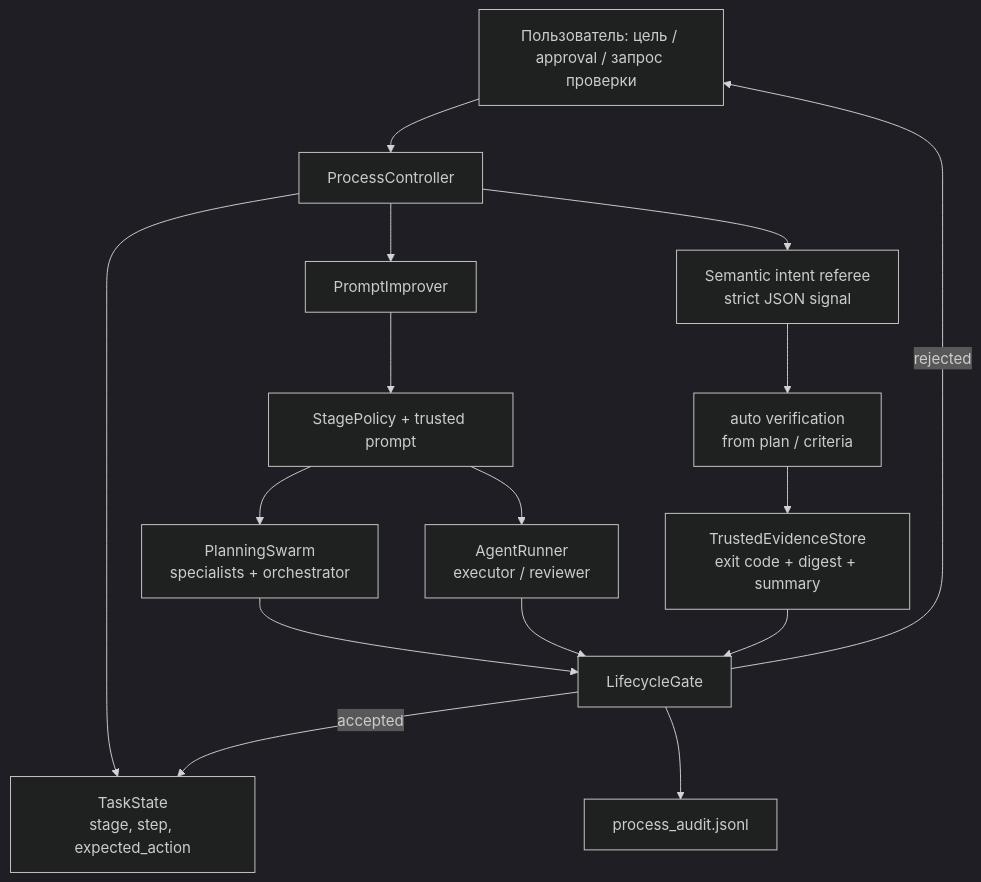
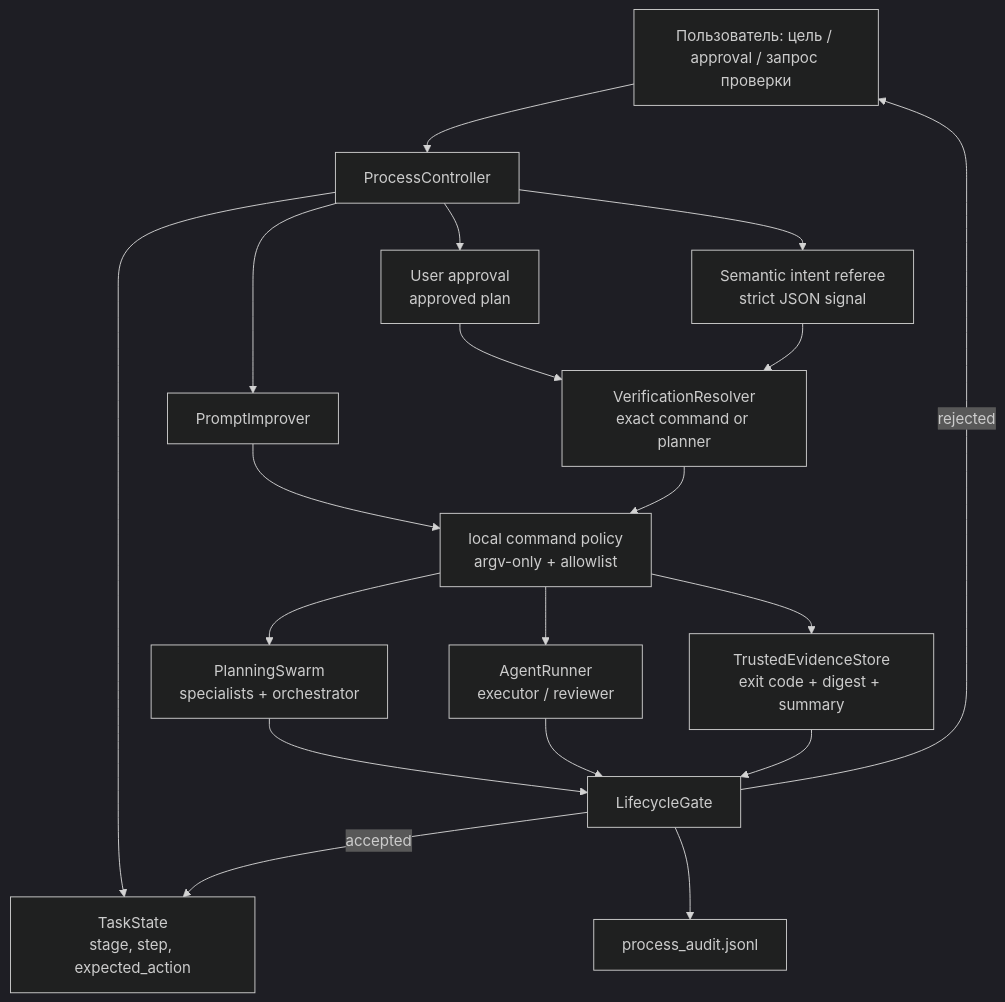
The ninth of 11 diagrams in README.md (nikbrik/coding_writer), drawn with Mermaid (dark theme) before and after one commit. The commit also changed other lines of this file and 29 other files, not shown here.

Commit message:
Implement ContainsDuplicate function and associated tests; enhance planning and execution validation logic; improve handling of malformed JSON responses; update user flow script for new task; ensure proper state management during validation reviews.

````diff
--- a/README.md
+++ b/README.md
@@ -345,18 +352,21 @@
 ```mermaid
 flowchart TD
     User["Пользователь: цель / approval / запрос проверки"] --> Controller["ProcessController"]
     Controller --> State["TaskState<br/>stage, step, expected_action"]
     Controller --> Improve["PromptImprover"]
     Improve --> Policy["StagePolicy + trusted prompt"]
     Policy --> Swarm["PlanningSwarm<br/>specialists + orchestrator"]
     Policy --> Agents["AgentRunner<br/>executor / reviewer"]
     Controller --> Intent["Semantic intent referee<br/>strict JSON signal"]
-    Intent --> Verify["auto verification<br/>from plan / criteria"]
-    Verify --> Evidence["TrustedEvidenceStore<br/>exit code + digest + summary"]
+    Controller --> Approval["User approval<br/>approved plan"]
+    Approval --> Verify["VerificationResolver<br/>exact command or planner"]
+    Intent --> Verify
+    Verify --> Policy["local command policy<br/>argv-only + allowlist"]
+    Policy --> Evidence["TrustedEvidenceStore<br/>exit code + digest + summary"]
     Swarm --> Gate["LifecycleGate"]
     Agents --> Gate
     Evidence --> Gate
     Gate -->|accepted| State
     Gate --> Audit["process_audit.jsonl"]
     Gate -->|rejected| User
 ```
````
